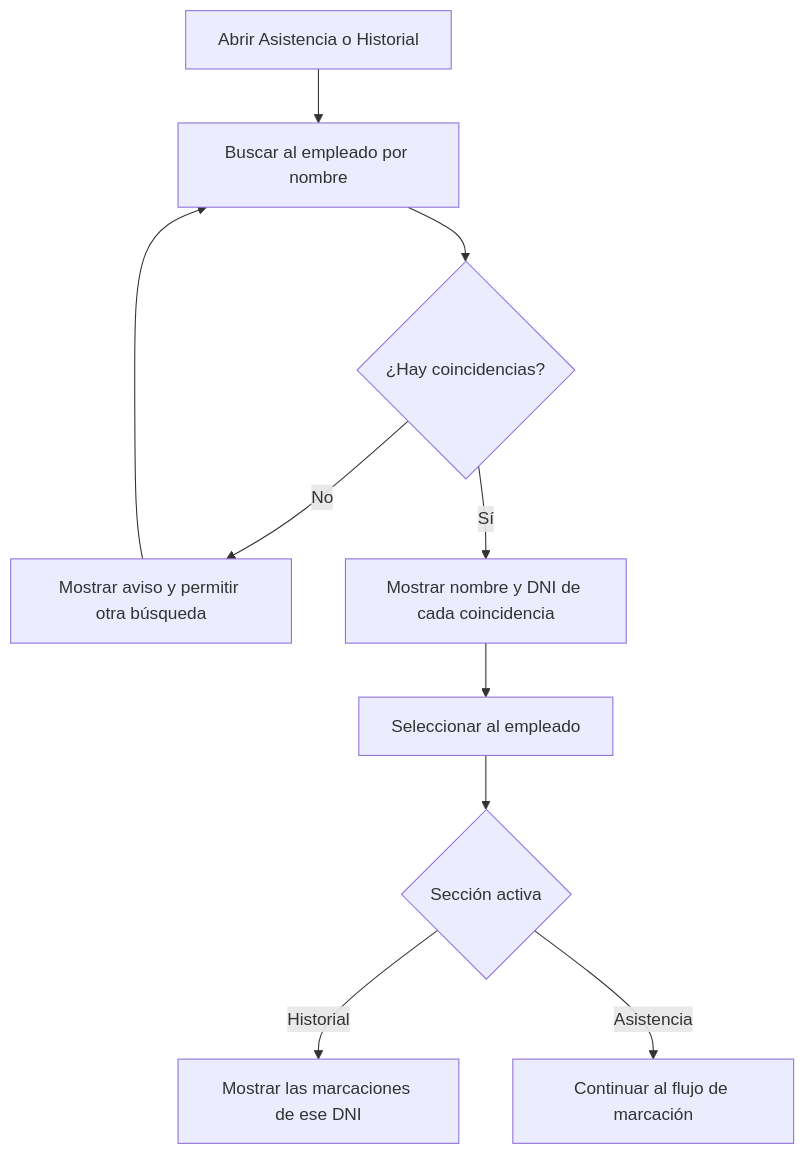
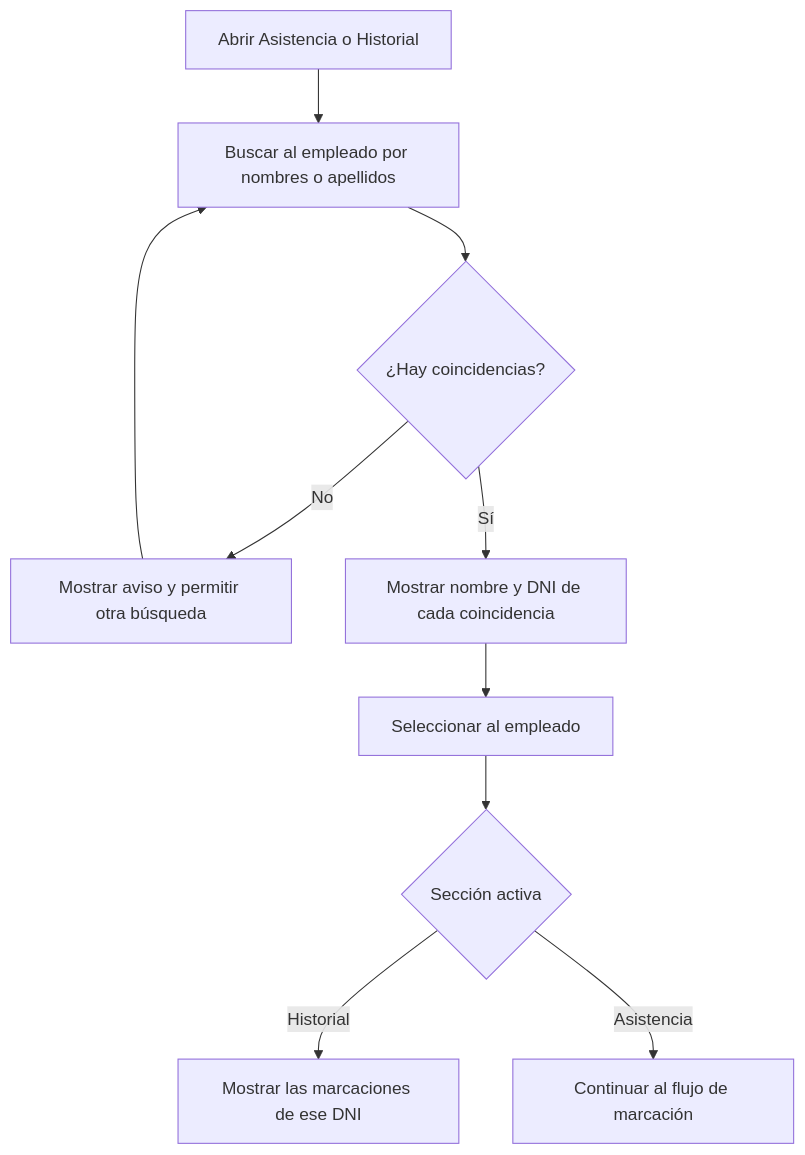
One commit to steveespinoza/Registro-de-Asistencia changed the third of 4 diagrams in docs/06-Arquitectura/Flujos.md. Above: the diagram before and after it, drawn with Mermaid. The commit also changed other lines of this file and 37 other files, not shown here.

````diff
--- a/docs/06-Arquitectura/Flujos.md
+++ b/docs/06-Arquitectura/Flujos.md
@@ -39,12 +39,12 @@
 ```mermaid
 flowchart TD
     S["Abrir Asistencia o Historial"] --> A
-    A["Buscar al empleado por nombre"] --> B{"¿Hay coincidencias?"}
+    A["Buscar al empleado por nombres o apellidos"] --> B{"¿Hay coincidencias?"}
     B -->|No| C["Mostrar aviso y permitir otra búsqueda"]
     C --> A
     B -->|Sí| D["Mostrar nombre y DNI de cada coincidencia"]
     D --> E["Seleccionar al empleado"]
     E --> F{"Sección activa"}
     F -->|Historial| G["Mostrar las marcaciones de ese DNI"]
     F -->|Asistencia| H["Continuar al flujo de marcación"]
 ```
````
